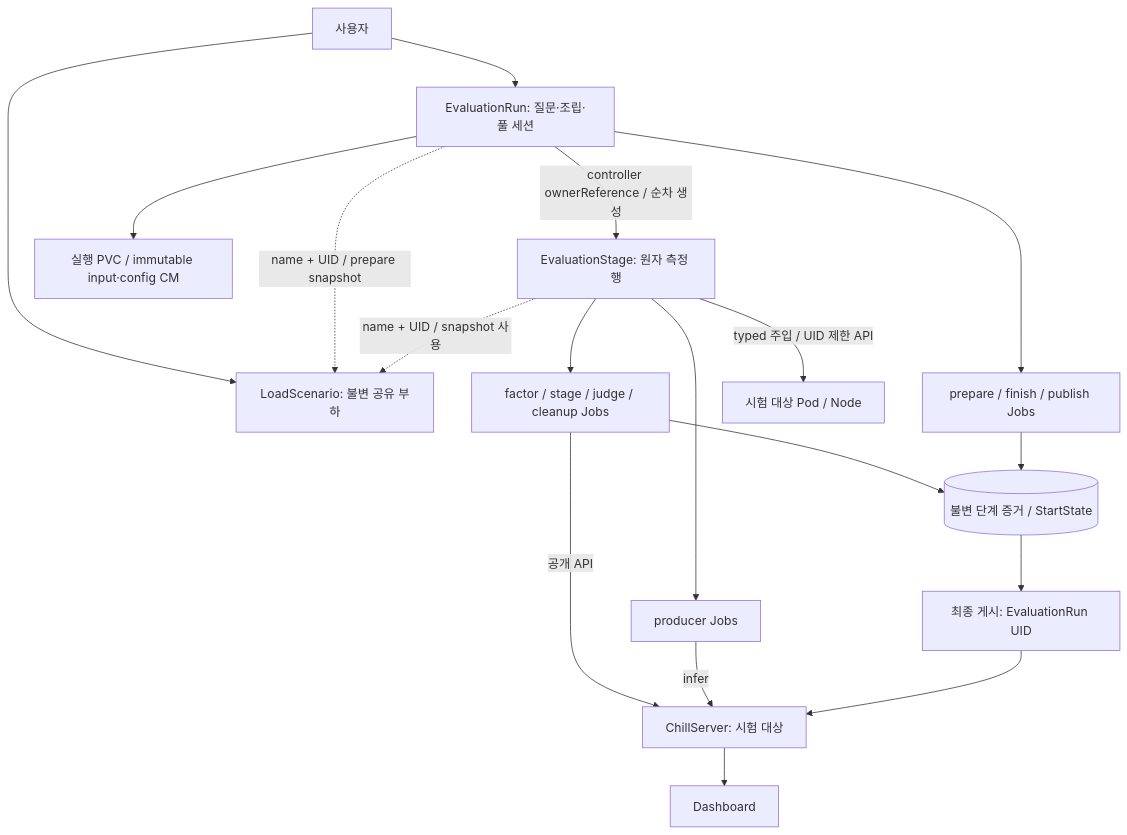
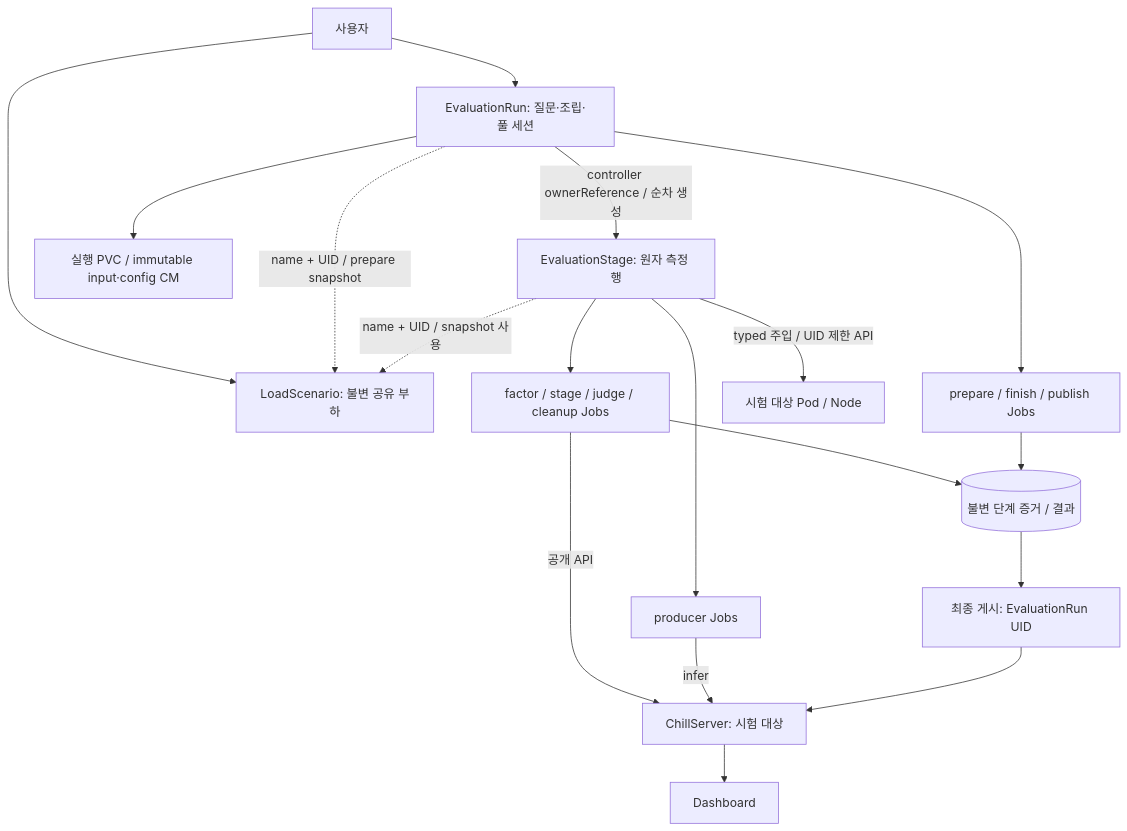
The diagram in docs/design/profiling/experiment-execution.md (lab-paper-code/chill), drawn with Mermaid before and after one commit. The commit also changed other lines of this file and 40 other files, not shown here.

````diff
--- a/docs/design/profiling/experiment-execution.md
+++ b/docs/design/profiling/experiment-execution.md
@@ -23,20 +23,20 @@
 ```mermaid
 flowchart TD
   U[사용자] --> L[LoadScenario: 불변 공유 부하]
   U --> E[EvaluationRun: 질문·조립·풀 세션]
   E -->|controller ownerReference / 순차 생성| S[EvaluationStage: 원자 측정 행]
   E -.->|name + UID / prepare snapshot| L
   S -.->|name + UID / snapshot 사용| L
   E --> G[prepare / finish / publish Jobs]
   E --> W[실행 PVC / immutable input·config CM]
   S --> J[factor / stage / judge / cleanup Jobs]
   S --> P[producer Jobs]
   S -->|typed 주입 / UID 제한 API| K[시험 대상 Pod / Node]
   J -->|공개 API| C[ChillServer: 시험 대상]
   P -->|infer| C
-  J --> B[(불변 단계 증거 / StartState)]
+  J --> B[(불변 단계 증거 / 결과)]
   G --> B
   B --> F[최종 게시: EvaluationRun UID]
   F --> C
   C --> D[Dashboard]
 ```
````
